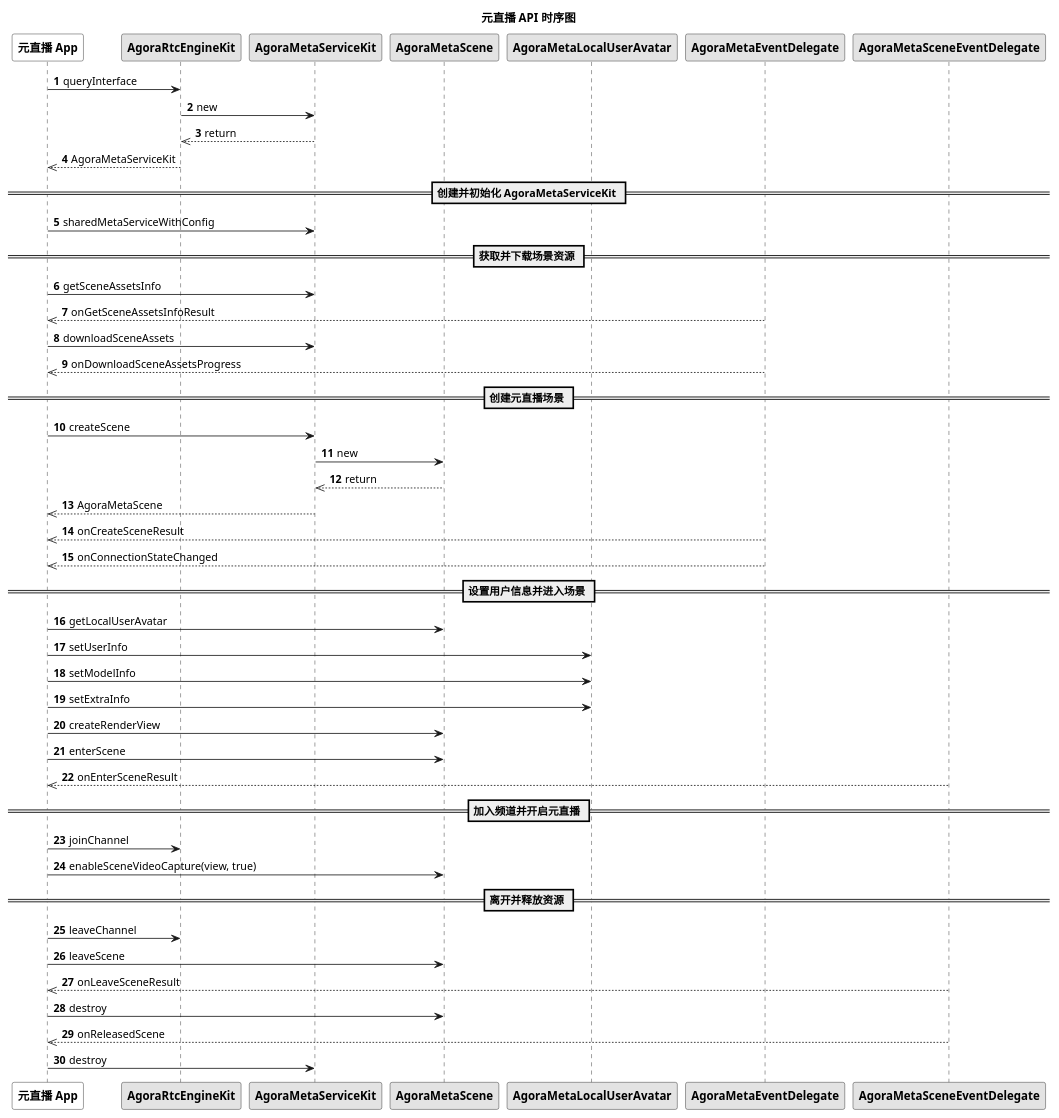
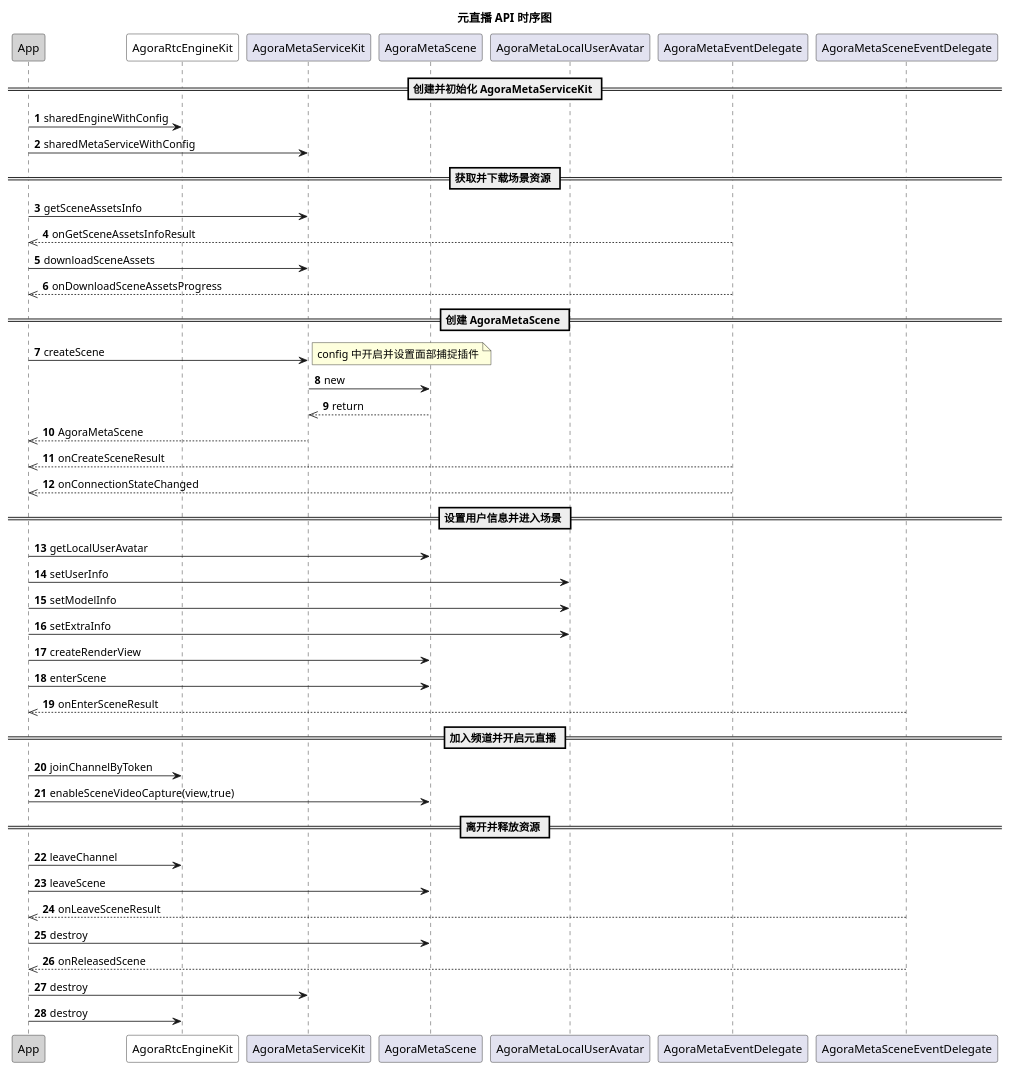
One commit to AgoraIO/agora_doc_source changed the diagram in markdown/metaworld/pic/ios_ml_api.wsd. Above: the diagram before and after it, drawn with PlantUML. The commit also changed 1 other file, not shown here.

Commit message:
[metaworld] update ml sequence

```diff
--- a/markdown/metaworld/pic/ios_ml_api.wsd
+++ b/markdown/metaworld/pic/ios_ml_api.wsd
@@ -1,50 +1,48 @@
 @startuml
 autonumber
-skinparam monochrome true
-
 title 元直播 API 时序图
-participant "<b>元直播 App</b>" as app #White
-participant "<b>AgoraRtcEngineKit</b>" as rtc
-participant "<b>AgoraMetaServiceKit</b>" as service
-participant "<b>AgoraMetaScene</b>" as scene
-participant "<b>AgoraMetaLocalUserAvatar</b>" as avatar
-participant "<b>AgoraMetaEventDelegate</b>" as serviceevent
-participant "<b>AgoraMetaSceneEventDelegate</b>" as sceneevent
-
-app -> rtc: queryInterface
-rtc -> service: new
-service -->> rtc: return
-rtc -->> app: AgoraMetaServiceKit
+participant "App" as app #LightGrey
+participant "AgoraRtcEngineKit" as rtc #White
+participant "AgoraMetaServiceKit" as service
+participant "AgoraMetaScene" as scene
+participant "AgoraMetaLocalUserAvatar" as avatar
+participant "AgoraMetaEventDelegate" as serviceevent
+participant "AgoraMetaSceneEventDelegate" as sceneevent
 == 创建并初始化 AgoraMetaServiceKit ==
+app -> rtc: sharedEngineWithConfig
 app -> service: sharedMetaServiceWithConfig
 == 获取并下载场景资源 ==
 app -> service: getSceneAssetsInfo
 serviceevent -->> app: onGetSceneAssetsInfoResult
 app -> service: downloadSceneAssets
 serviceevent -->> app: onDownloadSceneAssetsProgress
-== 创建元直播场景 ==
+== 创建 AgoraMetaScene ==
 app -> service: createScene
+note right
+config 中开启并设置面部捕捉插件
+end note
 service -> scene: new
 scene -->> service: return
 service -->> app: AgoraMetaScene
 serviceevent -->> app: onCreateSceneResult
 serviceevent -->> app: onConnectionStateChanged
 == 设置用户信息并进入场景 ==
 app -> scene: getLocalUserAvatar
 app -> avatar: setUserInfo
 app -> avatar: setModelInfo
 app -> avatar: setExtraInfo
 app -> scene: createRenderView
 app -> scene: enterScene
 sceneevent -->> app: onEnterSceneResult
 == 加入频道并开启元直播 ==
-app -> rtc: joinChannel
-app -> scene: enableSceneVideoCapture(view, true)
+app -> rtc: joinChannelByToken
+app -> scene: enableSceneVideoCapture(view,true)
 == 离开并释放资源 ==
 app -> rtc: leaveChannel
 app -> scene: leaveScene
 sceneevent -->> app: onLeaveSceneResult
 app -> scene: destroy
 sceneevent -->> app: onReleasedScene
 app -> service: destroy
+app -> rtc: destroy
 @enduml
```
